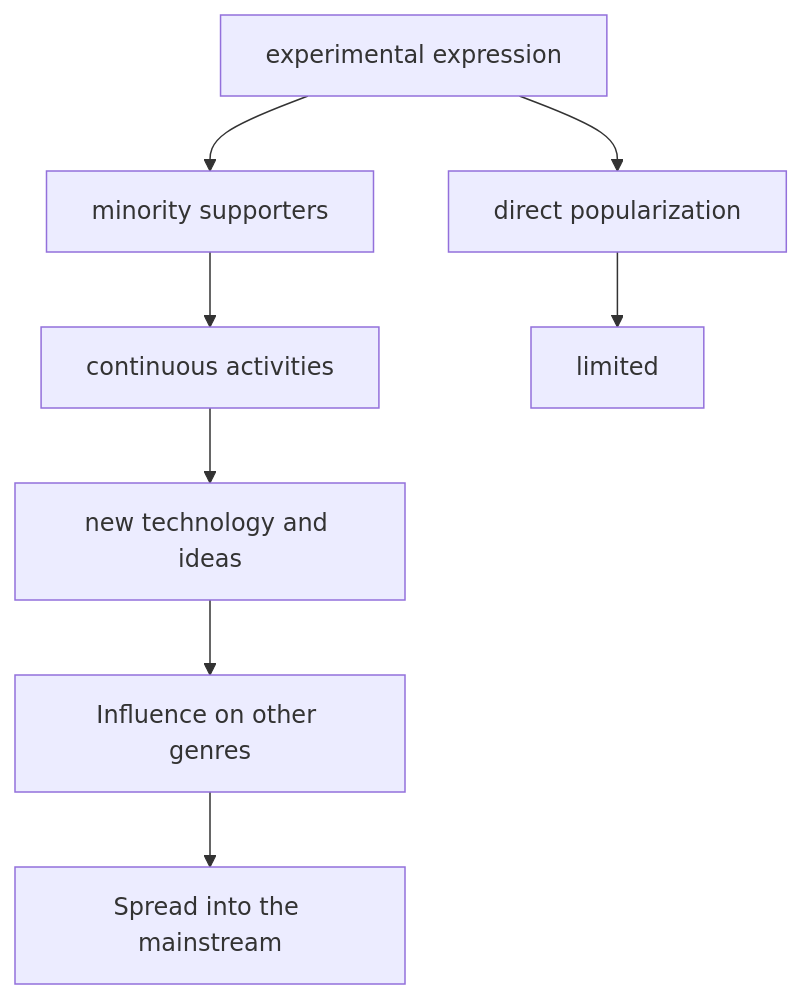
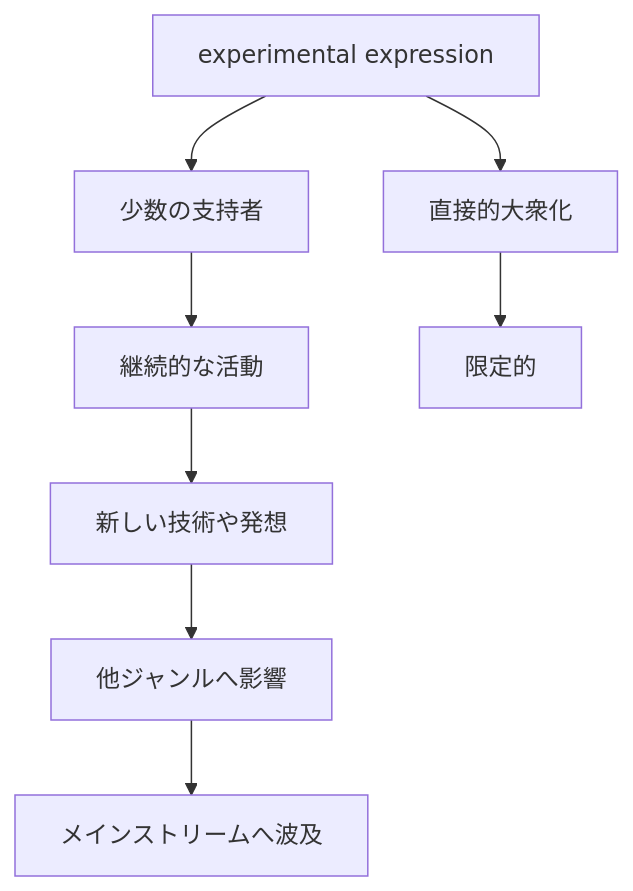
One commit to monumental-movement/monumental-movement.github.io changed the third of 5 diagrams in en/_posts/2026-07-25-column-why-some-genres-never-go-mainstream.md. Above: the diagram before and after it, drawn with Mermaid. The commit also changed other lines of this file and 2196 other files, not shown here.

```diff
--- a/en/_posts/2026-07-25-column-why-some-genres-never-go-mainstream.md
+++ b/en/_posts/2026-07-25-column-why-some-genres-never-go-mainstream.md
@@ -712,12 +712,12 @@
 <div class="mermaid">
 flowchart TB
 
-A[experimental expression] --> B[minority supporters]
-B --> C[continuous activities]
-C --> D[new technology and ideas]
-D --> E[Influence on other genres]
-E --> F[Spread into the mainstream]
+A[experimental expression] --> B[少数の支持者]
+B --> C[継続的な活動]
+C --> D[新しい技術や発想]
+D --> E[他ジャンルへ影響]
+E --> F[メインストリームへ波及]
 
-A --> G[direct popularization]
-G --> H[limited]
+A --> G[直接的大衆化]
+G --> H[限定的]
 </div>
```
